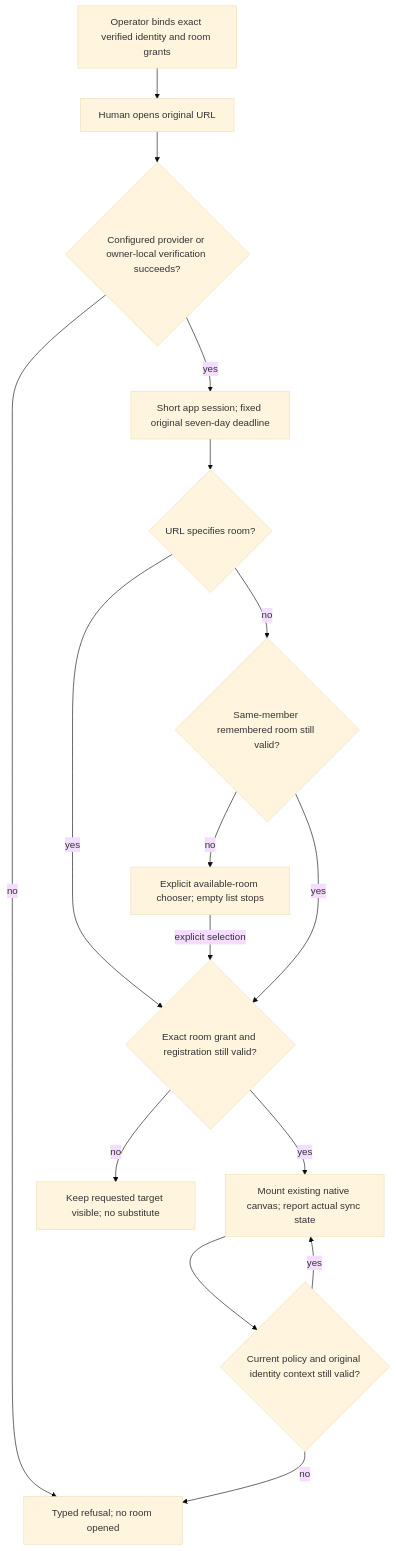
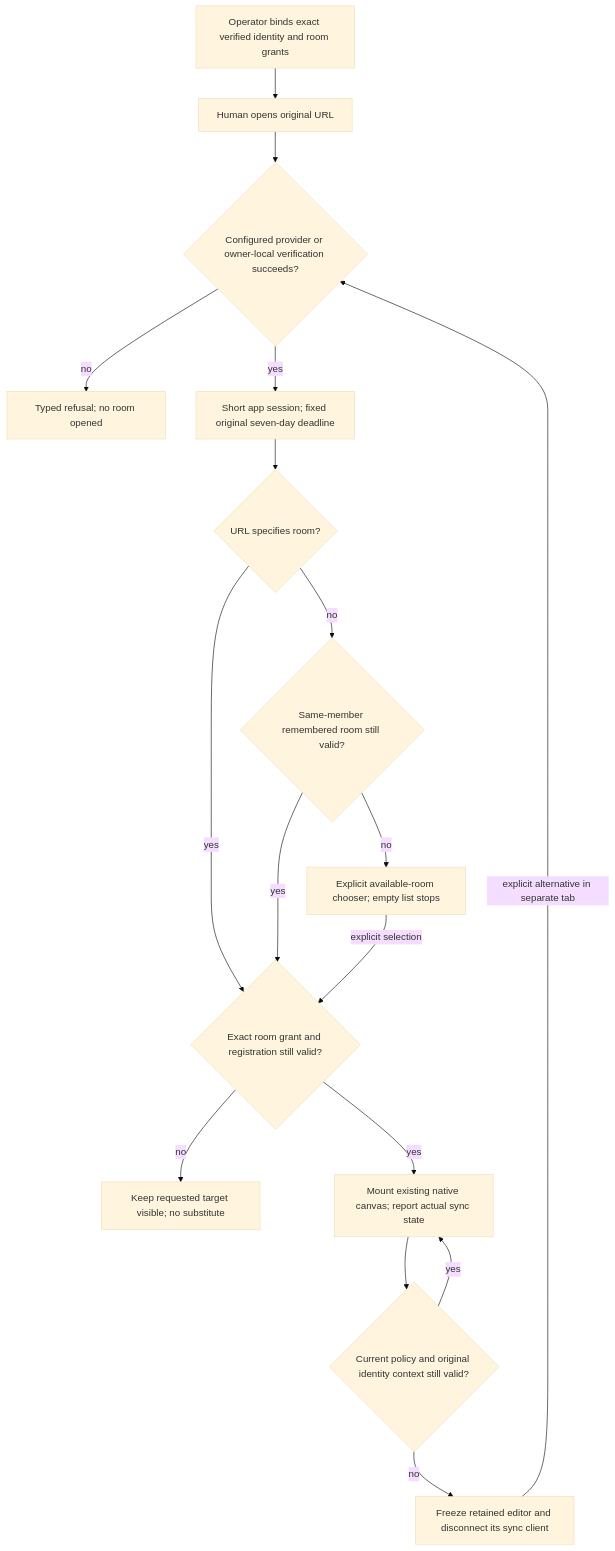
One commit to iamcxa/kc-claude-plugins changed the diagram in docs/journey/kc-journey-map/private-entry.md. Above: the diagram before and after it, drawn with Mermaid (base theme). The commit also changed other lines of this file and 17 other files, not shown here.

````diff
--- a/docs/journey/kc-journey-map/private-entry.md
+++ b/docs/journey/kc-journey-map/private-entry.md
@@ -70,18 +70,19 @@
 ```mermaid
 flowchart TD
  O[Operator binds exact verified identity and room grants] --> H[Human opens original URL]
  H --> V{Configured provider or owner-local verification succeeds?}
  V -- no --> X[Typed refusal; no room opened]
  V -- yes --> S[Short app session; fixed original seven-day deadline]
  S --> U{URL specifies room?}
  U -- yes --> A{Exact room grant and registration still valid?}
  U -- no --> R{Same-member remembered room still valid?}
  R -- no --> C[Explicit available-room chooser; empty list stops]
  R -- yes --> A
  C -- explicit selection --> A
  A -- no --> D[Keep requested target visible; no substitute]
  A -- yes --> N[Mount existing native canvas; report actual sync state]
  N --> P{Current policy and original identity context still valid?}
  P -- yes --> N
- P -- no --> X
+ P -- no --> F[Freeze retained editor and disconnect its sync client]
+ F -- explicit alternative in separate tab --> V
 ```
````
